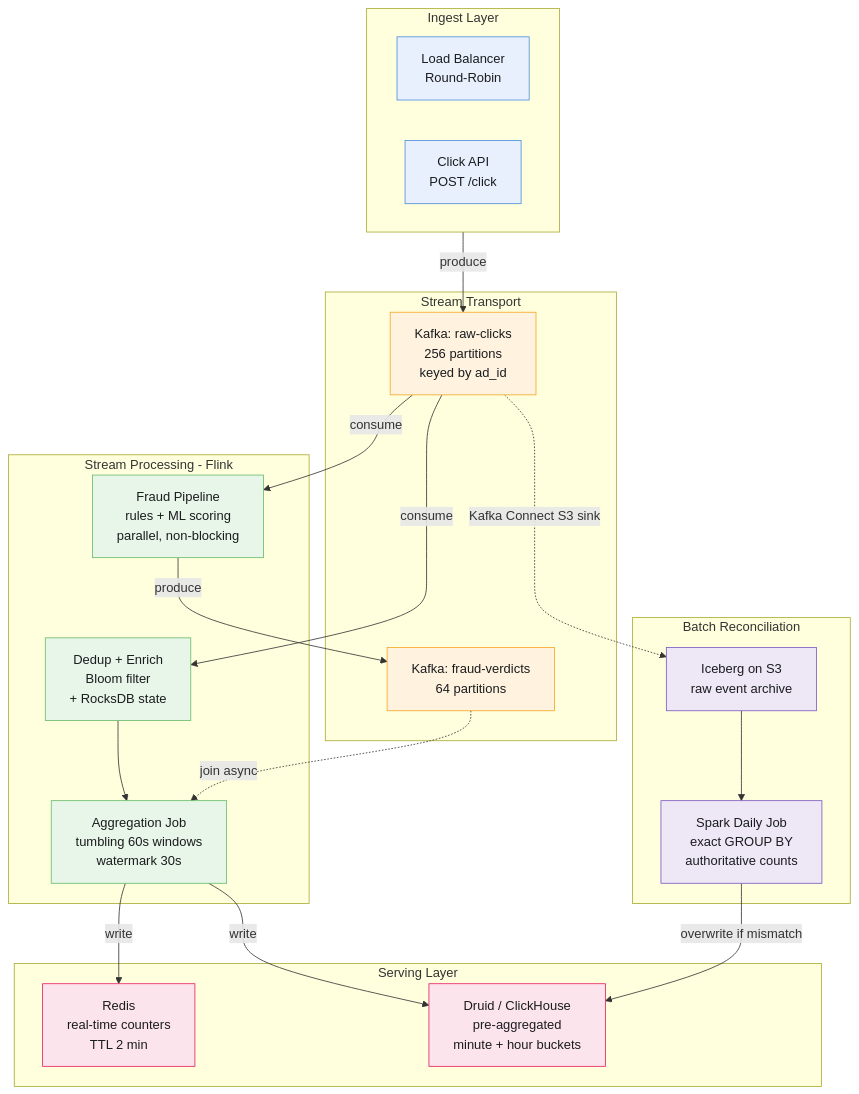
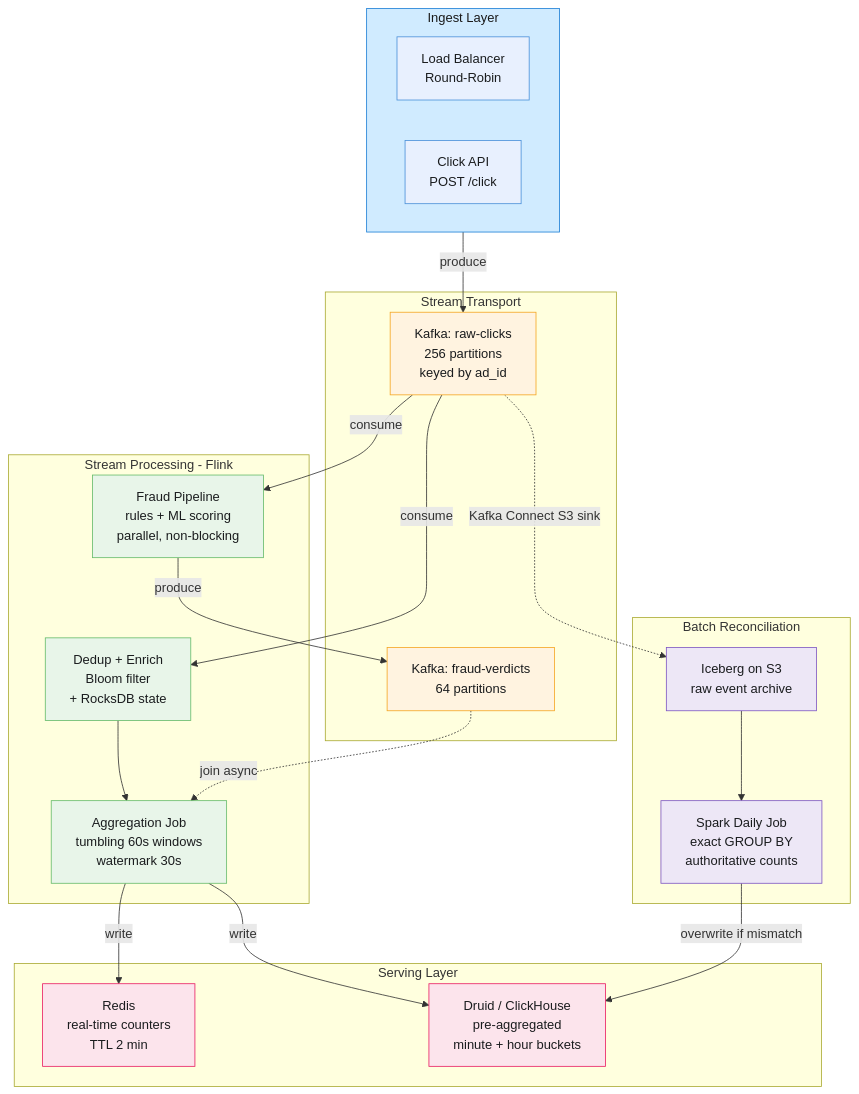
Before and after one commit to iliazlobin/iliazlobin.github.io: the second of 2 diagrams in _posts/2026-07-01-system-design-ad-click-aggregator.md, drawn with Mermaid. The commit also changed other lines of this file and 45 other files, not shown here.

First line of the commit message:
Republish all posts from Notion: fix mermaid errors, drop §7 Trade-offs (#88)

````diff
--- a/_posts/2026-07-01-system-design-ad-click-aggregator.md
+++ b/_posts/2026-07-01-system-design-ad-click-aggregator.md
@@ -104,52 +113,54 @@
 ```mermaid
 graph TB
     subgraph Ingest["Ingest Layer"]
         LB[Load Balancer<br/>Round-Robin]
         API[Click API<br/>POST /click]
     end
 
     subgraph Transport["Stream Transport"]
         K1[Kafka: raw-clicks<br/>256 partitions<br/>keyed by ad_id]
         K2[Kafka: fraud-verdicts<br/>64 partitions]
     end
 
     subgraph Processing["Stream Processing - Flink"]
         DEDUP[Dedup + Enrich<br/>Bloom filter<br/>+ RocksDB state]
         AGG[Aggregation Job<br/>tumbling 60s windows<br/>watermark 30s]
         FRAUD[Fraud Pipeline<br/>rules + ML scoring<br/>parallel, non-blocking]
     end
 
     subgraph Serving["Serving Layer"]
         REDIS[Redis<br/>real-time counters<br/>TTL 2 min]
         OLAP[Druid / ClickHouse<br/>pre-aggregated<br/>minute + hour buckets]
     end
 
     subgraph Batch["Batch Reconciliation"]
         LAKE[Iceberg on S3<br/>raw event archive]
         SPARK[Spark Daily Job<br/>exact GROUP BY<br/>authoritative counts]
     end
 
     Ingest -->|produce| K1
     K1 -->|consume| DEDUP
     DEDUP --> AGG
     AGG -->|write| REDIS
     AGG -->|write| OLAP
     K1 -->|consume| FRAUD
     FRAUD -->|produce| K2
     K2 -.->|join async| AGG
     K1 -.->|Kafka Connect S3 sink| LAKE
     LAKE --> SPARK
     SPARK -->|overwrite if mismatch| OLAP
 
     classDef ingest fill:#e8f0fe,color:#1a1c1e,stroke:#4a90d9
     classDef transport fill:#fff3e0,color:#1a1c1e,stroke:#f5a623
     classDef process fill:#e8f5e9,color:#1a1c1e,stroke:#66bb6a
     classDef serve fill:#fce4ec,color:#1a1c1e,stroke:#e91e63
     classDef batch fill:#ede7f6,color:#1a1c1e,stroke:#7e57c2
 
     class LB,API ingest
     class K1,K2 transport
     class DEDUP,AGG,FRAUD process
     class REDIS,OLAP serve
     class LAKE,SPARK batch
+    classDef svc fill:#d0ebff,stroke:#1c7ed6,color:#1a1a1a
+    class Ingest svc
 ```
````
